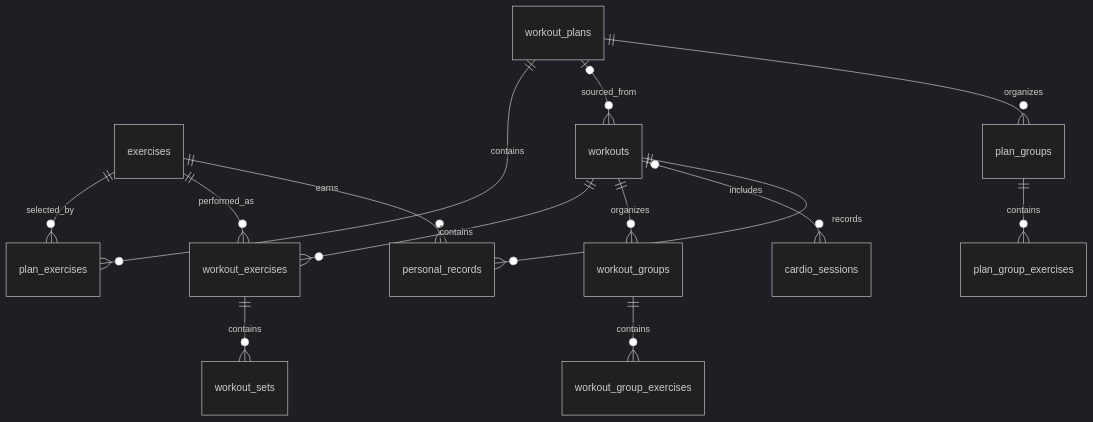
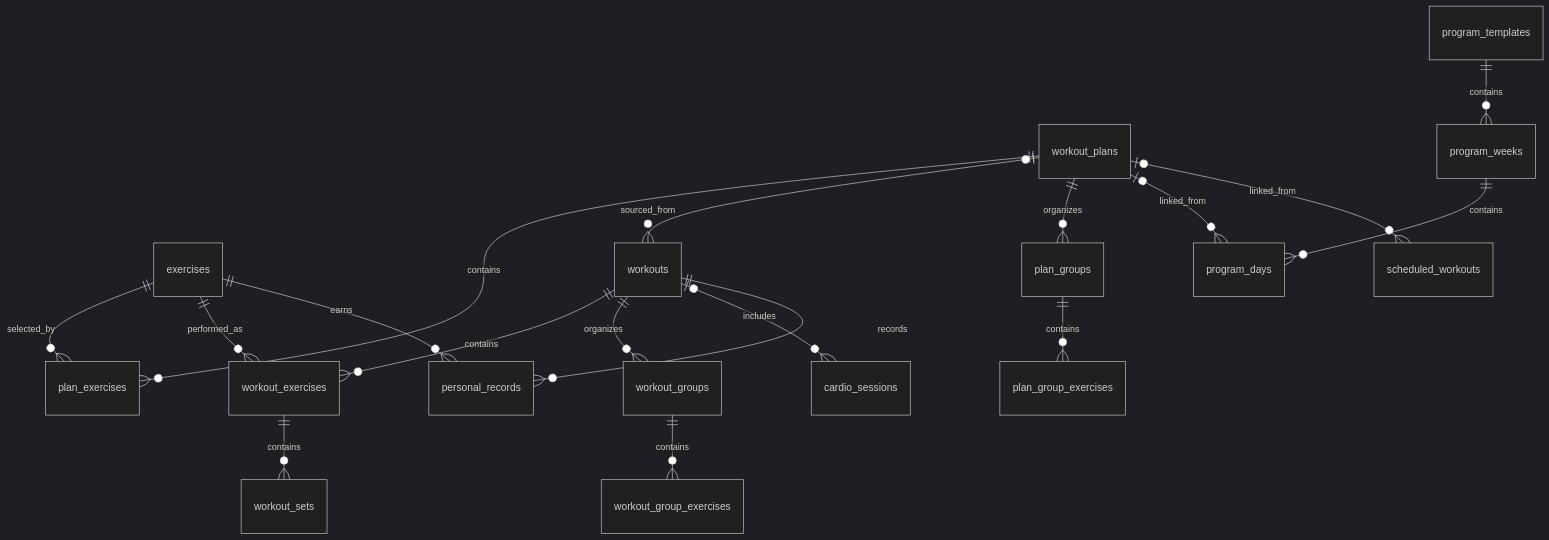
Before and after one commit to shivaprasadny/liftdg: the diagram in docs/DATABASE.md, drawn with Mermaid (dark theme). The commit also changed other lines of this file and 53 other files, not shown here.

````diff
--- a/docs/DATABASE.md
+++ b/docs/DATABASE.md
@@ -7,16 +7,20 @@
 ```mermaid
 erDiagram
   exercises ||--o{ plan_exercises : selected_by
   workout_plans ||--o{ plan_exercises : contains
   workout_plans |o--o{ workouts : sourced_from
   workouts ||--o{ workout_exercises : contains
   exercises ||--o{ workout_exercises : performed_as
   workout_exercises ||--o{ workout_sets : contains
   workouts ||--o{ workout_groups : organizes
   workout_groups ||--o{ workout_group_exercises : contains
   workout_plans ||--o{ plan_groups : organizes
   plan_groups ||--o{ plan_group_exercises : contains
   workouts |o--o{ cardio_sessions : includes
   exercises ||--o{ personal_records : earns
   workouts ||--o{ personal_records : records
+  program_templates ||--o{ program_weeks : contains
+  program_weeks ||--o{ program_days : contains
+  workout_plans |o--o{ program_days : linked_from
+  workout_plans |o--o{ scheduled_workouts : linked_from
 ```
````
